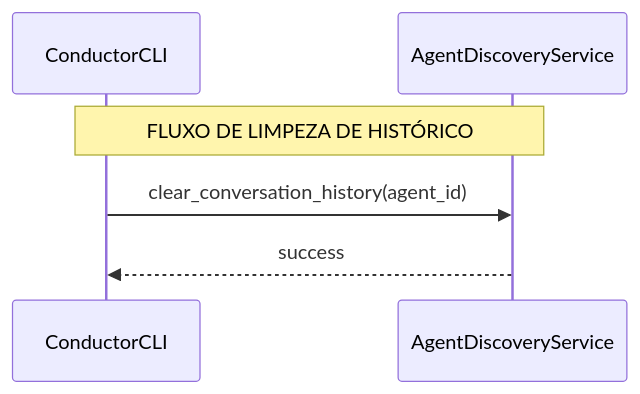
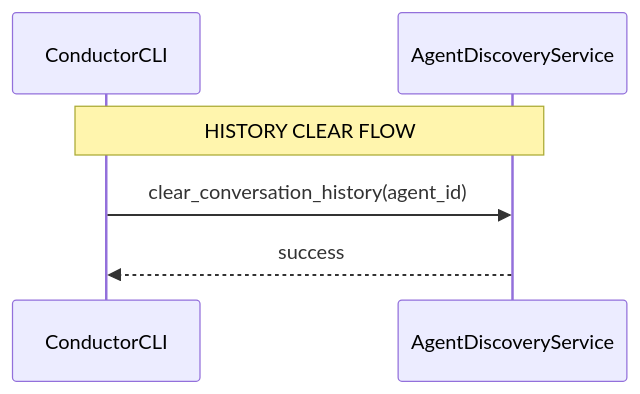
The third of 3 diagrams in docs/architecture/sequence-diagrams/history-management.md (primoia/conductor), drawn with Mermaid before and after one commit. The commit also changed other lines of this file and 44 other files, not shown here.

````diff
--- a/docs/architecture/sequence-diagrams/history-management.md
+++ b/docs/architecture/sequence-diagrams/history-management.md
@@ -65,10 +65,10 @@
 ```mermaid
 sequenceDiagram
     participant ConductorCLI
     participant AgentDiscoveryService
 
-    Note over ConductorCLI,AgentDiscoveryService: FLUXO DE LIMPEZA DE HISTÓRICO
+    Note over ConductorCLI,AgentDiscoveryService: HISTORY CLEAR FLOW
 
     ConductorCLI->>AgentDiscoveryService: clear_conversation_history(agent_id)
     AgentDiscoveryService-->>ConductorCLI: success
 ```
````
